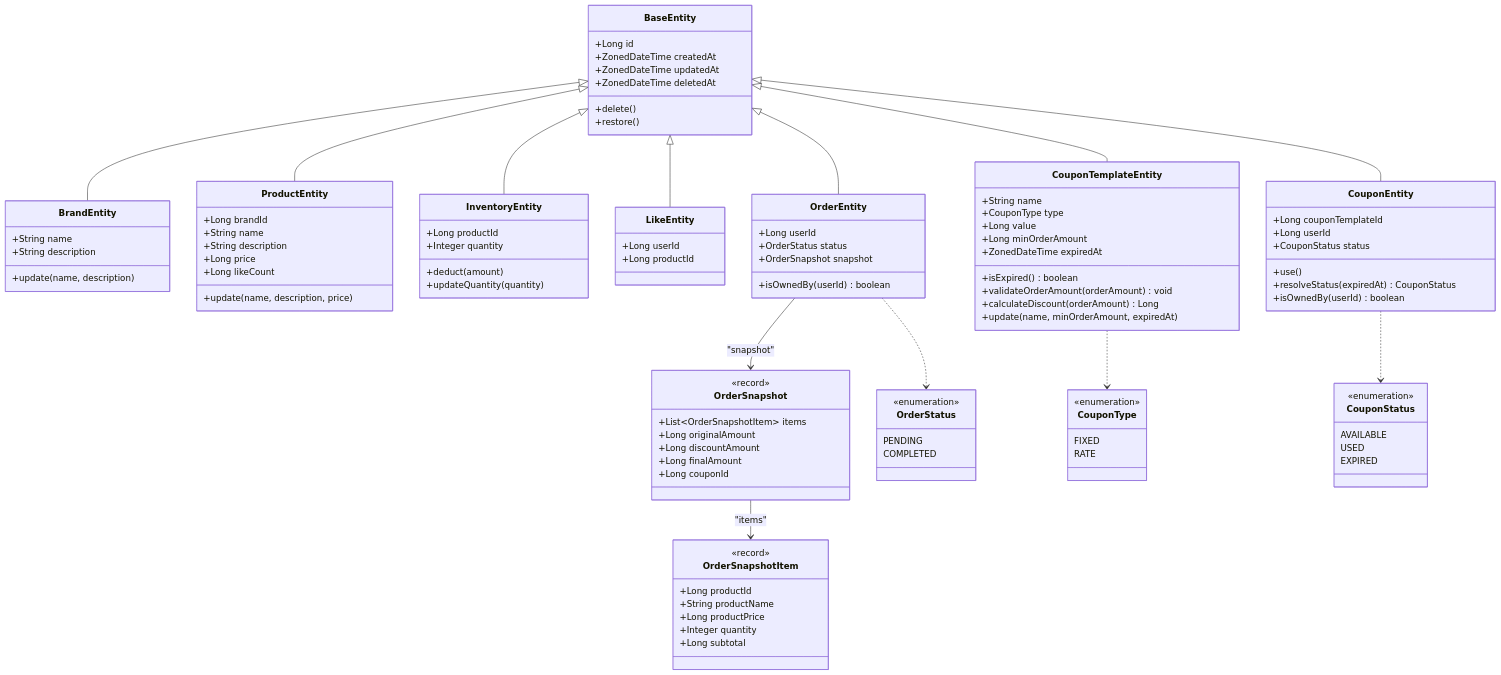
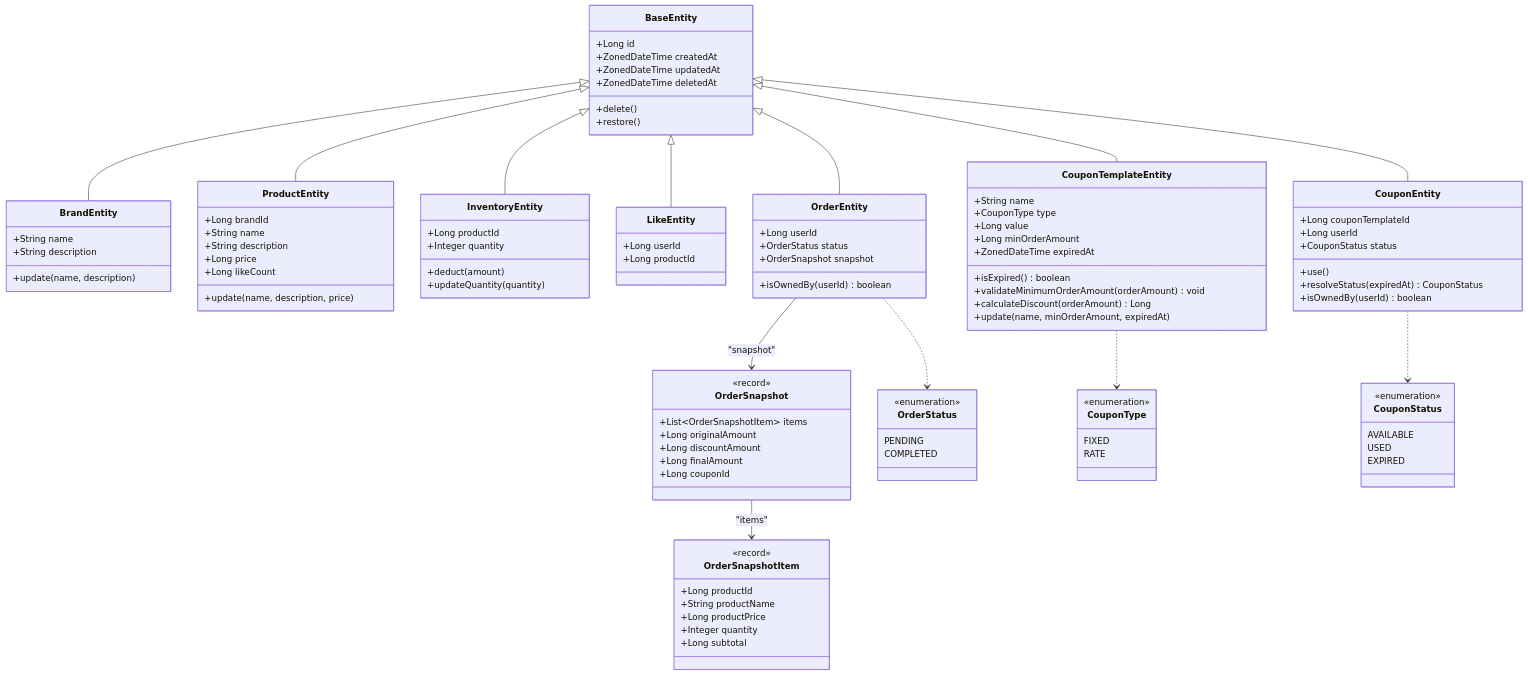
Before and after one commit to Hangju0610/loop-pack-be-l2-vol4-java: the diagram in docs/03-class-diagram.md, drawn with Mermaid. The commit also changed other lines of this file and 7 other files, not shown here.

Commit message:
refactor: validateOrderAmount → validateMinimumOrderAmount 명칭 변경

```diff
--- a/docs/03-class-diagram.md
+++ b/docs/03-class-diagram.md
@@ -78,7 +78,7 @@
         +Long minOrderAmount
         +ZonedDateTime expiredAt
         +isExpired() boolean
-        +validateOrderAmount(orderAmount) void
+        +validateMinimumOrderAmount(orderAmount) void
         +calculateDiscount(orderAmount) Long
         +update(name, minOrderAmount, expiredAt)
     }
```
